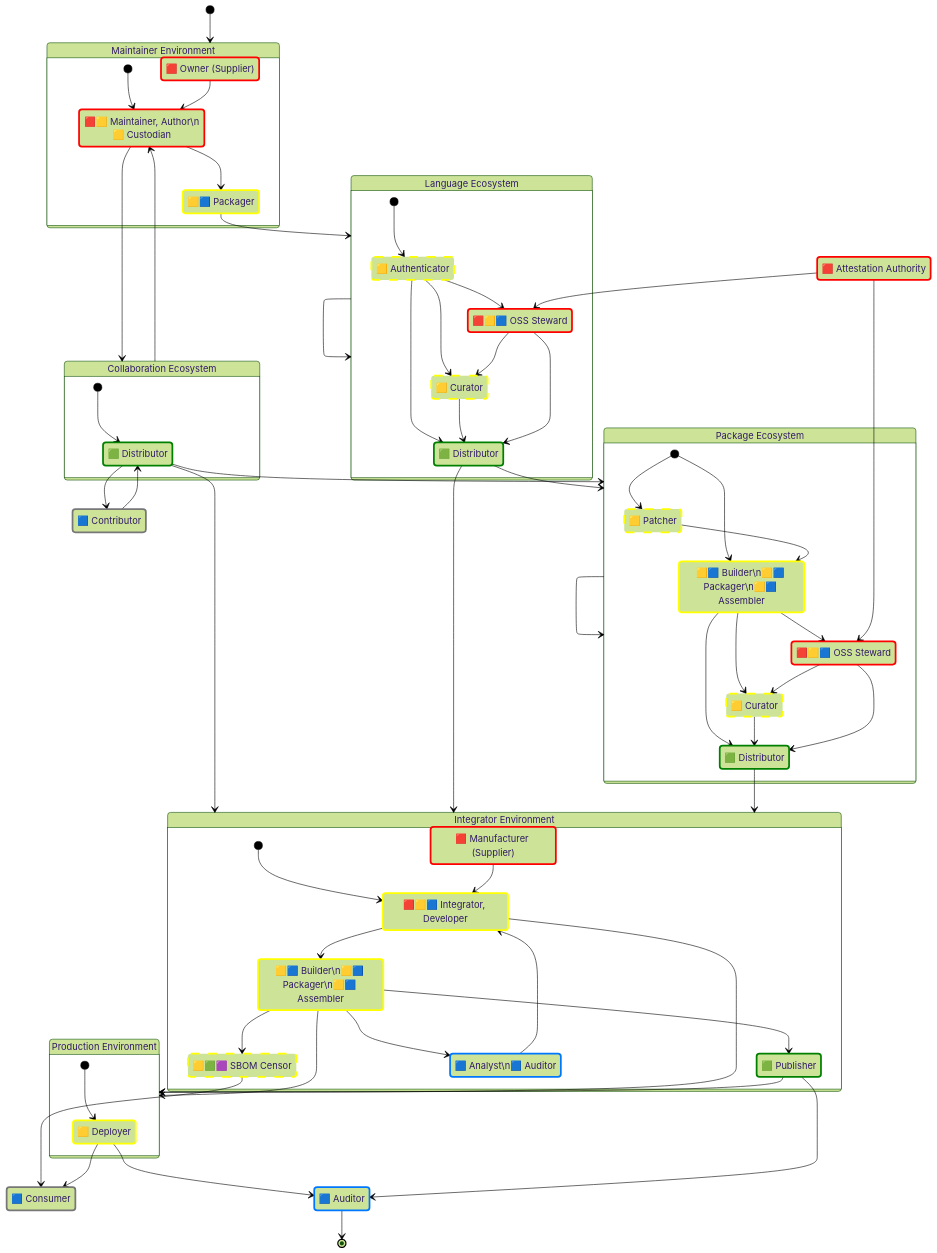
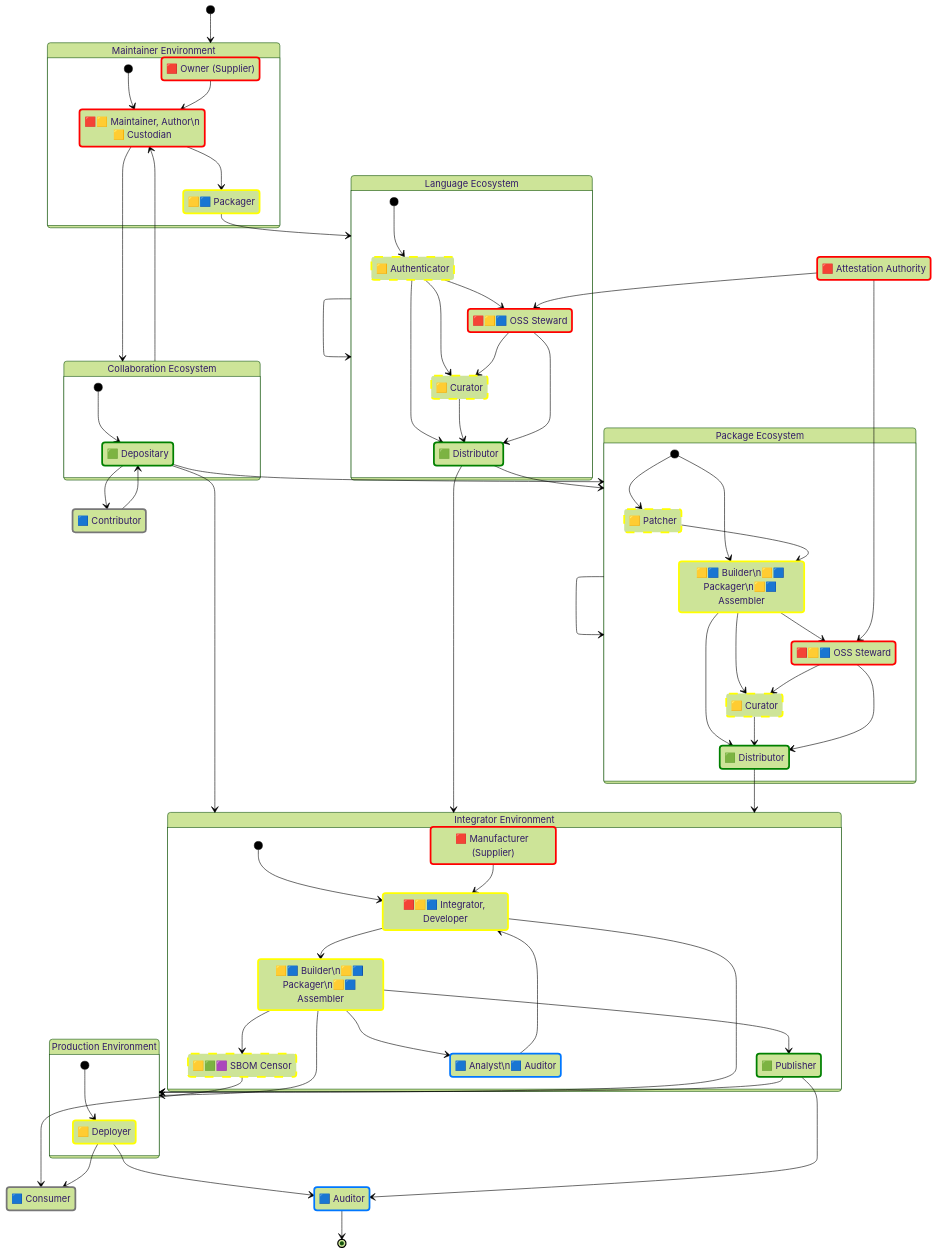
Before and after one commit to CPAN-Security/security.metacpan.org: the second of 2 diagrams in docs/supplychain-sbom.md, drawn with Mermaid (forest theme). The commit also changed other lines of this file, not shown here.

Commit message:
Add a new 'Depositary' Role; Other minor fixes

```diff
--- a/docs/supplychain-sbom.md
+++ b/docs/supplychain-sbom.md
@@ -130,7 +134,7 @@
     state "🟩 Distributor" as language_distributor
 
     %%
-    state "🟩 Distributor" as repository_distributor
+    state "🟩 Depositary" as repository_distributor
     state "🟦 Contributor" as external_contributor
 
     %%
```
